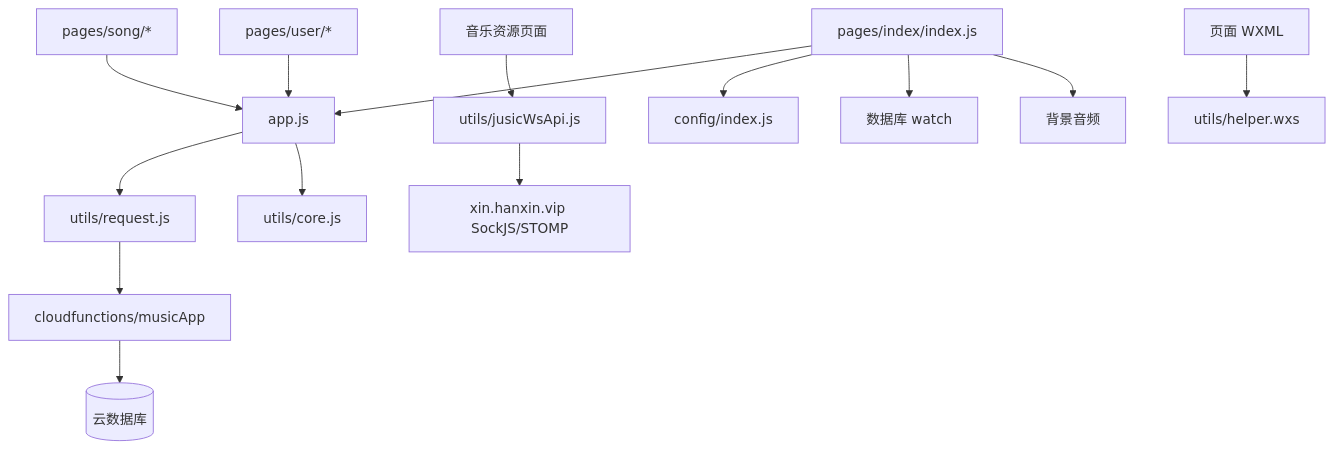
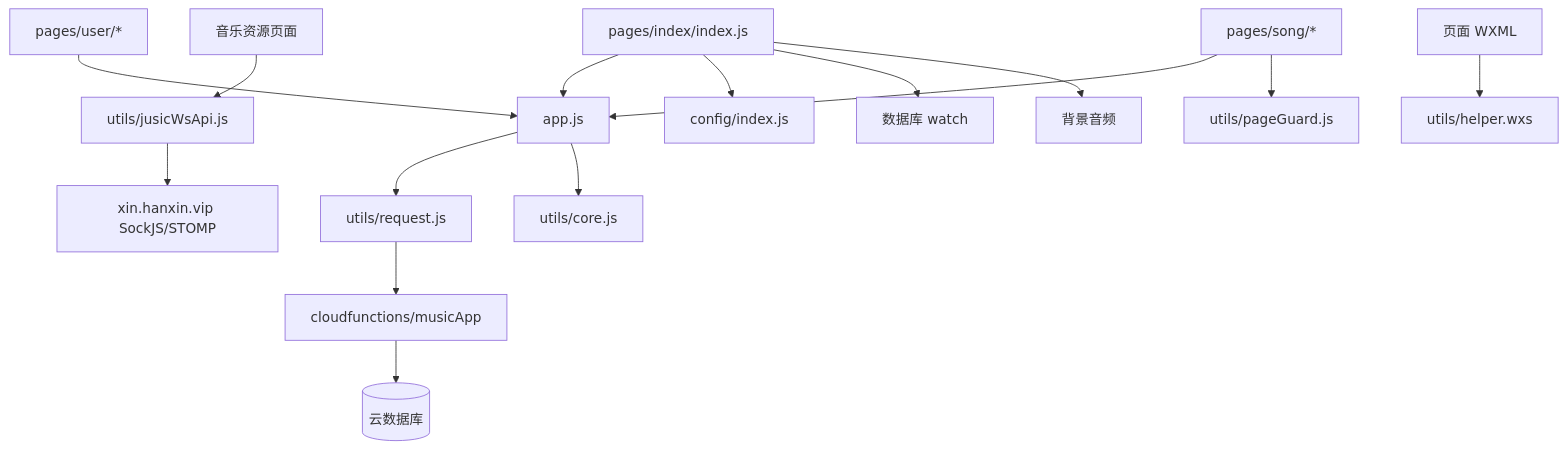
One commit to Neveryu/miniprogram-music changed the first of 2 diagrams in docs/code-wiki/06-依赖关系.md. Above: the diagram before and after it, drawn with Mermaid. The commit also changed other lines of this file and 34 other files, not shown here.

````diff
--- a/docs/code-wiki/06-依赖关系.md
+++ b/docs/code-wiki/06-依赖关系.md
@@ -18,16 +18,17 @@
 ```mermaid
 flowchart TD
     APP[app.js] --> REQUEST[utils/request.js]
     APP --> CORE[utils/core.js]
     REQUEST --> FUNC[cloudfunctions/musicApp]
     FUNC --> DB[(云数据库)]
     SELECT[音乐资源页面] --> JUSIC[utils/jusicWsApi.js]
     JUSIC --> WS[xin.hanxin.vip SockJS/STOMP]
     INDEX[pages/index/index.js] --> APP
     INDEX --> CONFIG[config/index.js]
     INDEX --> WATCH[数据库 watch]
     INDEX --> AUDIO[背景音频]
     SONG[pages/song/*] --> APP
+    SONG --> GUARD[utils/pageGuard.js]
     USER[pages/user/*] --> APP
     WXML[页面 WXML] --> WXS[utils/helper.wxs]
 ```
````
